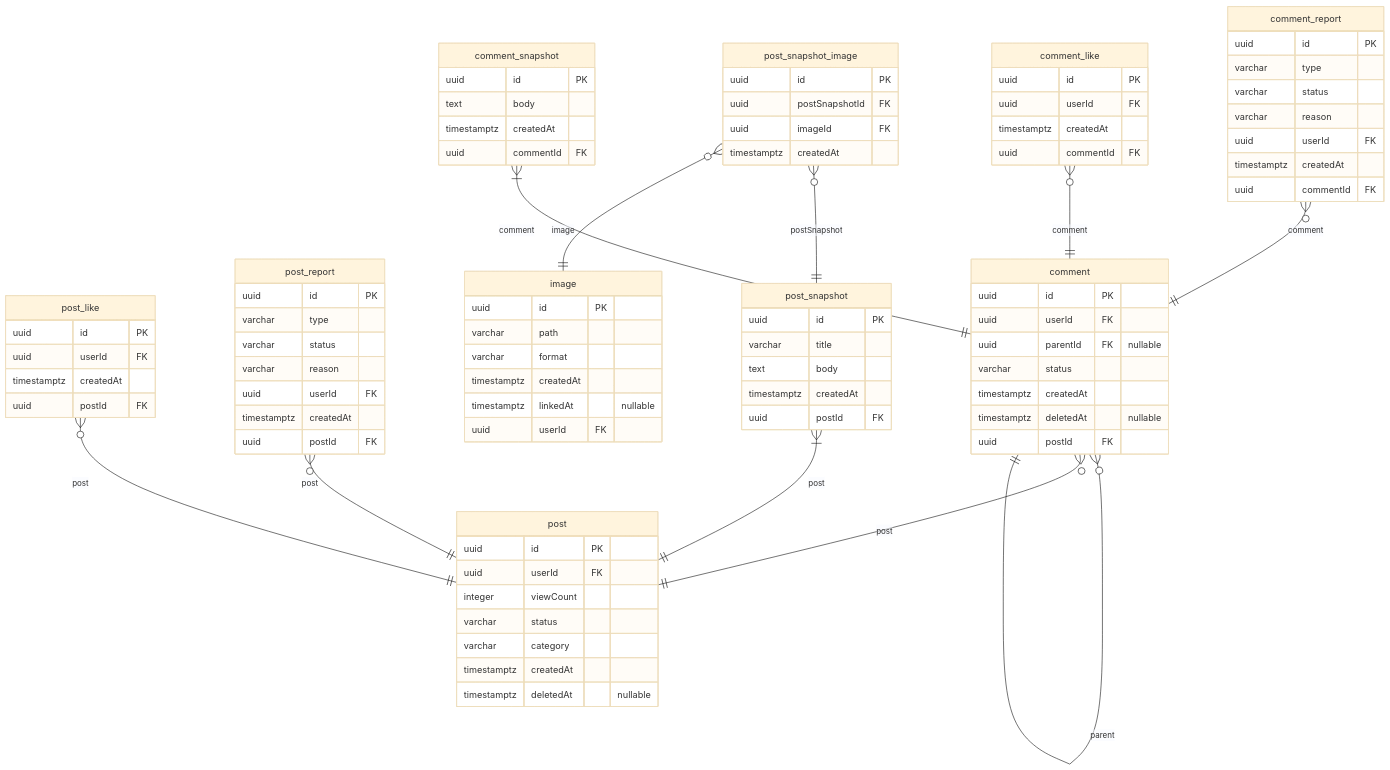
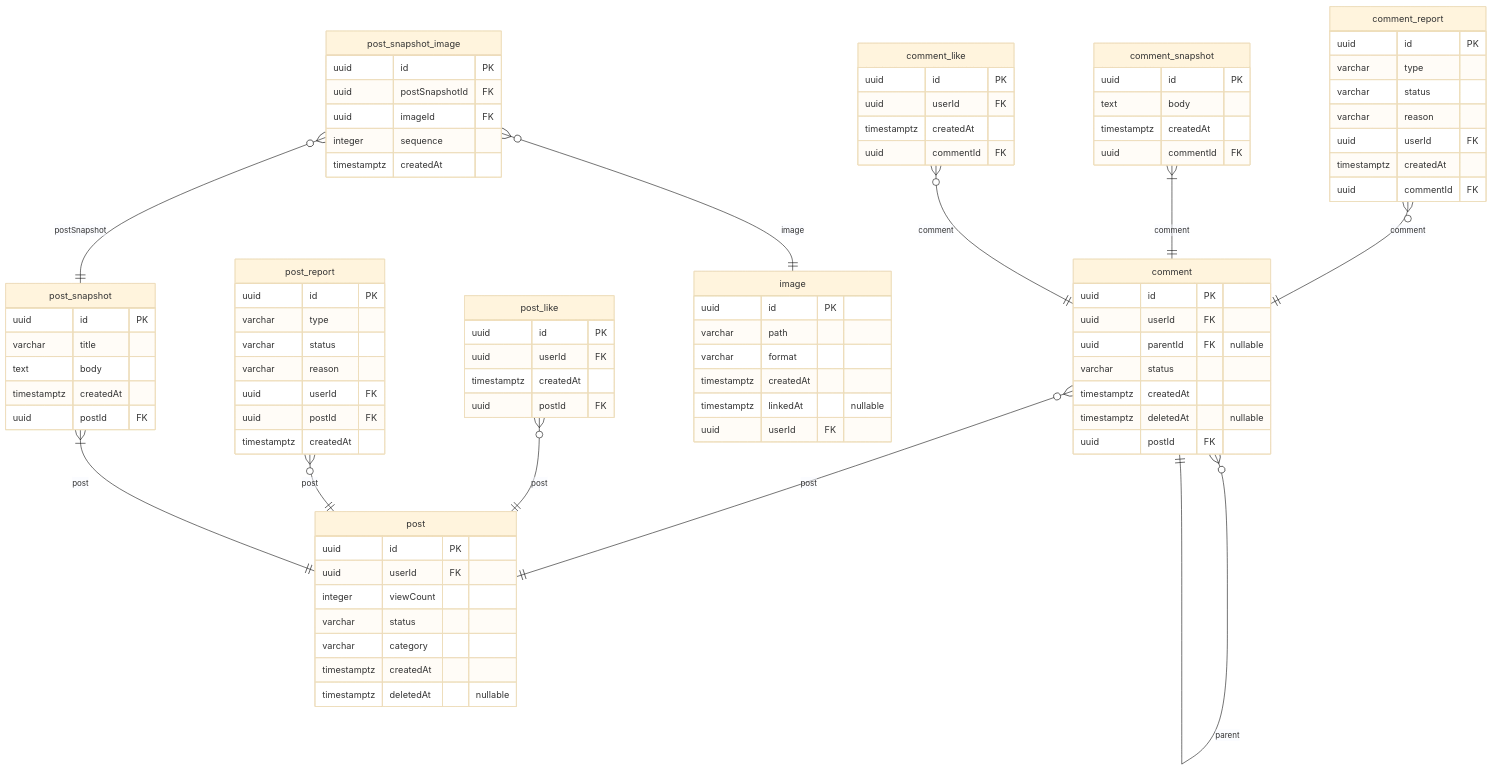
Before and after one commit to NAJUHA-JIUJITSU/najuha-v2-be: the fourth of 5 diagrams in docs/najiha-v2-erd.md, drawn with Mermaid (base theme). The commit also changed other lines of this file and 10 other files, not shown here.

Commit message:
NJH-400 feat: post, comment  user nickname, profileImage 추가

````diff
--- a/docs/najiha-v2-erd.md
+++ b/docs/najiha-v2-erd.md
@@ -566,31 +599,10 @@
 ```mermaid
 erDiagram
-  post_like {
-    uuid id PK
-    uuid userId FK
-    timestamptz createdAt
-    uuid postId FK
-  }
-  post_report {
-    uuid id PK
-    varchar type
-    varchar status
-    varchar reason
-    uuid userId FK
-    timestamptz createdAt
-    uuid postId FK
-  }
   comment_report {
     uuid id PK
     varchar type
     varchar status
     varchar reason
-    uuid userId FK
-    timestamptz createdAt
-    uuid commentId FK
-  }
-  comment_like {
-    uuid id PK
     uuid userId FK
     timestamptz createdAt
     uuid commentId FK
@@ -610,26 +622,25 @@
     timestamptz deletedAt "nullable"
     uuid postId FK
   }
-  post {
+  comment_like {
     uuid id PK
     uuid userId FK
-    integer viewCount
-    varchar status
-    varchar category
     timestamptz createdAt
-    timestamptz deletedAt "nullable"
+    uuid commentId FK
   }
-  post_snapshot {
+  post_like {
     uuid id PK
-    varchar title
-    text body
+    uuid userId FK
     timestamptz createdAt
     uuid postId FK
   }
-  post_snapshot_image {
+  post_report {
     uuid id PK
-    uuid postSnapshotId FK
-    uuid imageId FK
+    varchar type
+    varchar status
+    varchar reason
+    uuid userId FK
+    uuid postId FK
     timestamptz createdAt
   }
   image {
@@ -640,14 +651,37 @@
     timestamptz linkedAt "nullable"
     uuid userId FK
   }
-  post_like }o--|| post: post
-  post_report }o--|| post: post
+  post_snapshot_image {
+    uuid id PK
+    uuid postSnapshotId FK
+    uuid imageId FK
+    integer sequence
+    timestamptz createdAt
+  }
+  post_snapshot {
+    uuid id PK
+    varchar title
+    text body
+    timestamptz createdAt
+    uuid postId FK
+  }
+  post {
+    uuid id PK
+    uuid userId FK
+    integer viewCount
+    varchar status
+    varchar category
+    timestamptz createdAt
+    timestamptz deletedAt "nullable"
+  }
   comment_report }o--|| comment: comment
-  comment_like }o--|| comment: comment
   comment_snapshot }|--|| comment: comment
   comment }o--|| comment: parent
   comment }o--|| post: post
-  post_snapshot }|--|| post: post
+  comment_like }o--|| comment: comment
+  post_like }o--|| post: post
+  post_report }o--|| post: post
   post_snapshot_image }o--|| post_snapshot: postSnapshot
   post_snapshot_image }o--|| image: image
+  post_snapshot }|--|| post: post
 ```
````
